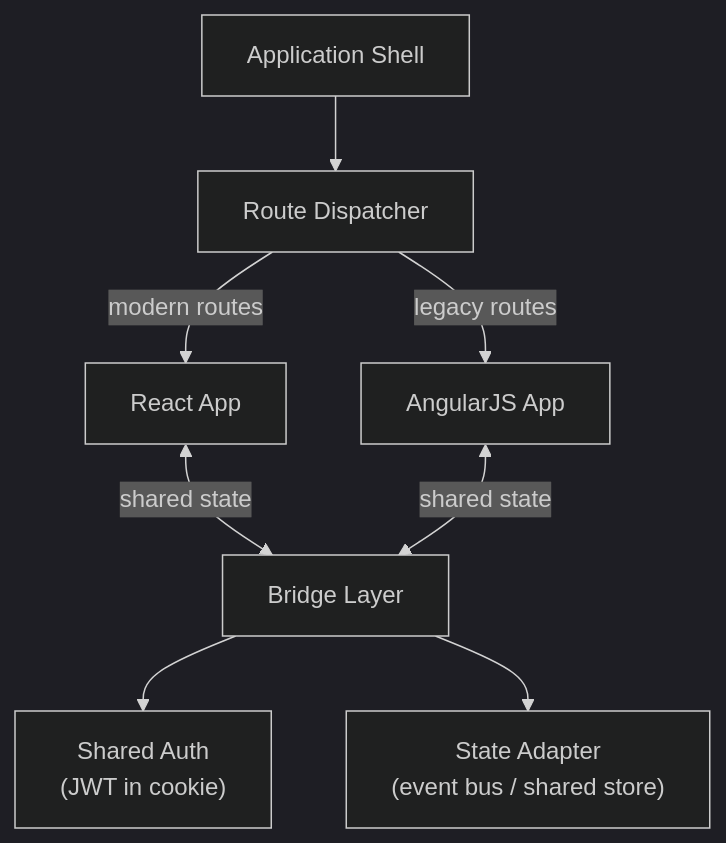
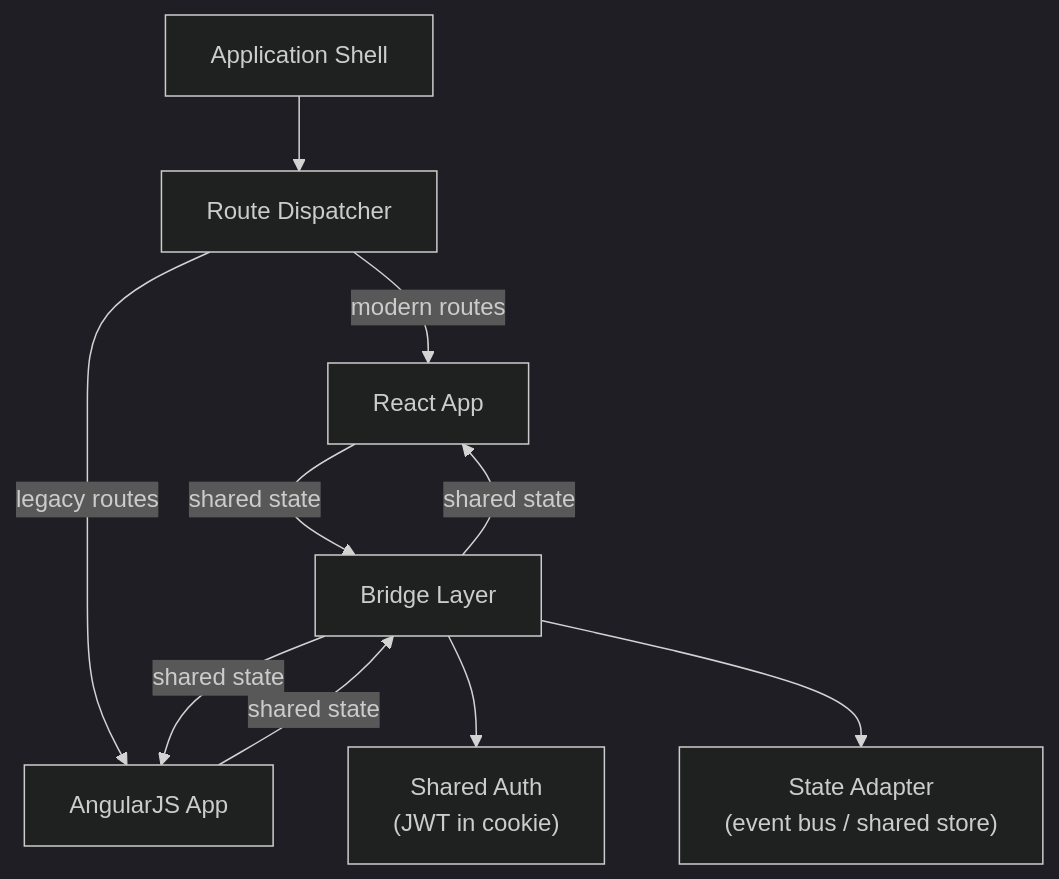
The first of 3 diagrams in courses/enterprise-ui/framework-migration-patterns.md (stevekinney/stevekinney.net), drawn with Mermaid (dark theme) before and after one commit.

Commit message:
Fix Mermaid bidirectional arrows that break Svelte compiler

````diff
--- a/courses/enterprise-ui/framework-migration-patterns.md
+++ b/courses/enterprise-ui/framework-migration-patterns.md
@@ -20,11 +20,13 @@
 ```mermaid
 flowchart TD
     Shell["Application Shell"]
     Shell --> Router["Route Dispatcher"]
     Router -->|"modern routes"| Modern["React App"]
     Router -->|"legacy routes"| Legacy["AngularJS App"]
-    Modern <-->|"shared state"| Bridge["Bridge Layer"]
-    Legacy <-->|"shared state"| Bridge
+    Modern -->|"shared state"| Bridge["Bridge Layer"]
+    Bridge -->|"shared state"| Modern
+    Legacy -->|"shared state"| Bridge
+    Bridge -->|"shared state"| Legacy
     Bridge --> AuthStore["Shared Auth\n(JWT in cookie)"]
     Bridge --> StateAdapter["State Adapter\n(event bus / shared store)"]
 ```
````
